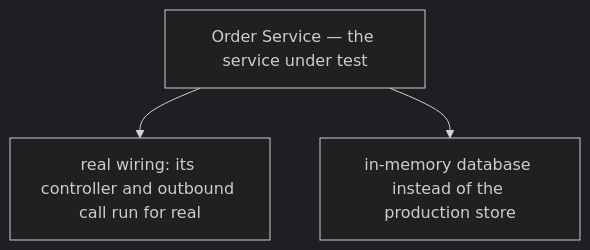
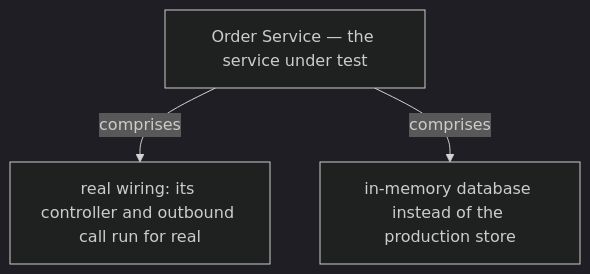
The sixth of 13 diagrams in docs/ch27-service-component-test.md (vinayakuber/microservices-io-study-guide), drawn with Mermaid (dark theme) before and after one commit. The commit also changed other lines of this file and 71 other files, not shown here.

First line of the commit message:
R18: label every diagram arrow with its meaning

````diff
--- a/docs/ch27-service-component-test.md
+++ b/docs/ch27-service-component-test.md
@@ -236,6 +236,6 @@
 ```mermaid
 flowchart TD
   R["Order Service — the service under test"]
-  R --> P0["real wiring: its controller and outbound call run for real"]
-  R --> P1["in-memory database instead of the production store"]
+  R -->|"comprises"| P0["real wiring: its controller and outbound call run for real"]
+  R -->|"comprises"| P1["in-memory database instead of the production store"]
 ```
````
